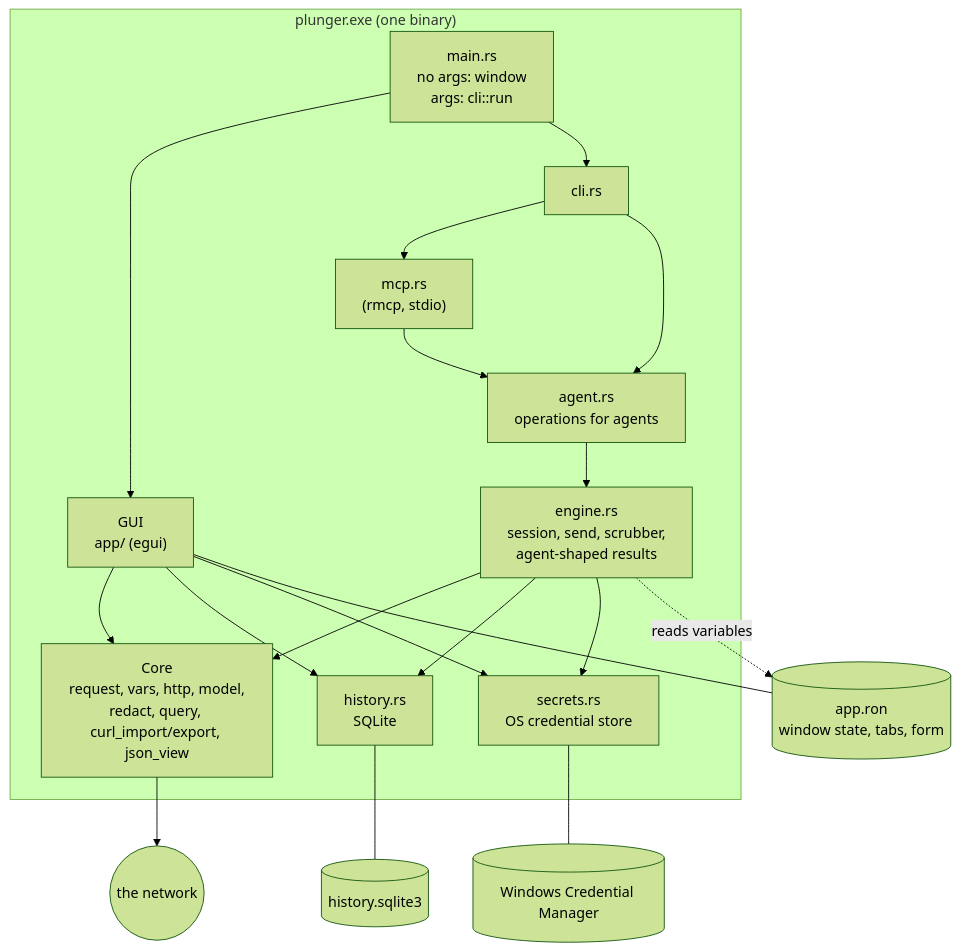
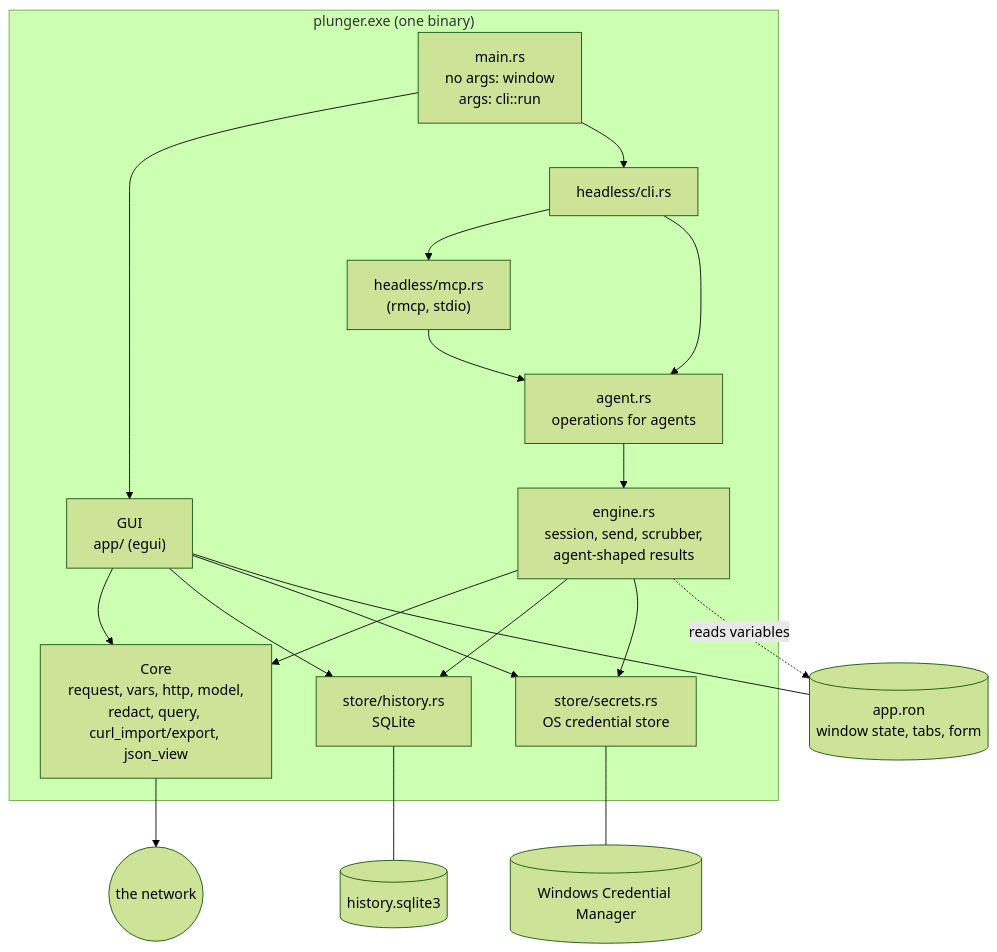
Before and after one commit to metamug/plunger: the diagram in design.md, drawn with Mermaid (forest theme). The commit also changed other lines of this file and 65 other files, not shown here.

Commit message:
Group the source by domain: domain/, store/, convert/, headless/, ui/; update the architecture notes

````diff
--- a/design.md
+++ b/design.md
@@ -19,31 +19,31 @@
 ```mermaid
 flowchart TB
     subgraph exe["plunger.exe (one binary)"]
         main["main.rs<br/>no args: window<br/>args: cli::run"]
         gui["GUI<br/>app/ (egui)"]
-        cli["cli.rs"]
-        mcp["mcp.rs<br/>(rmcp, stdio)"]
+        cli["headless/cli.rs"]
+        mcp["headless/mcp.rs<br/>(rmcp, stdio)"]
         agent["agent.rs<br/>operations for agents"]
         engine["engine.rs<br/>session, send, scrubber,<br/>agent-shaped results"]
         core["Core<br/>request, vars, http, model,<br/>redact, query, curl_import/export, json_view"]
-        hist["history.rs<br/>SQLite"]
-        sec["secrets.rs<br/>OS credential store"]
+        hist["store/history.rs<br/>SQLite"]
+        sec["store/secrets.rs<br/>OS credential store"]
     end
     main --> gui
     main --> cli
     cli --> mcp
     cli --> agent
     mcp --> agent
     agent --> engine
     engine --> core
     gui --> core
     gui --> hist
     engine --> hist
     gui --> sec
     engine --> sec
     hist --- db[("history.sqlite3")]
     sec --- cred[("Windows Credential Manager")]
     gui --- state[("app.ron<br/>window state, tabs, form")]
     engine -. reads variables .-> state
     core --> net(("the network"))
 ```
````
